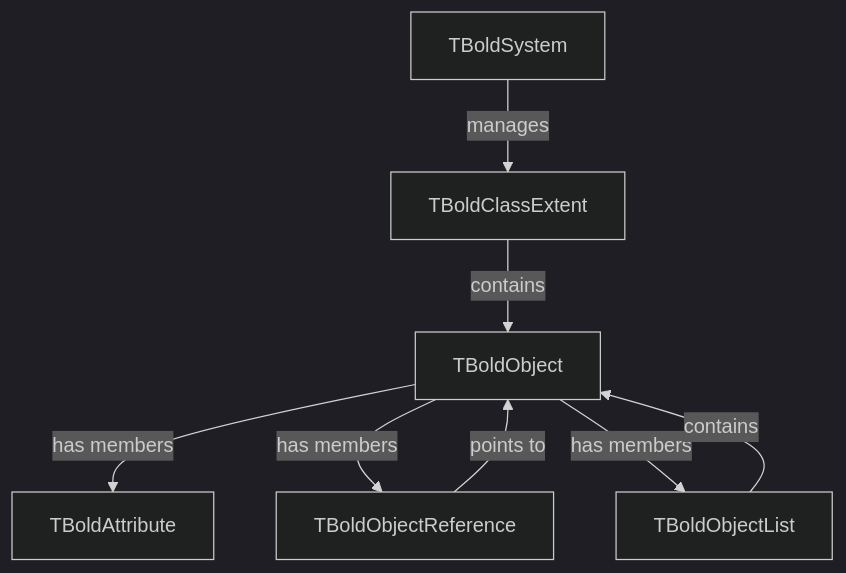
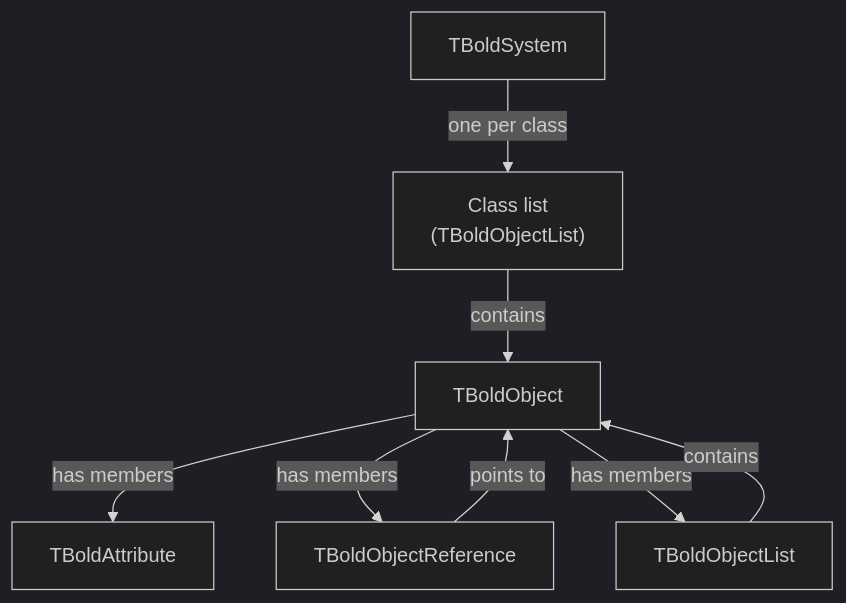
One commit to bero/BoldForDelphi changed the second of 2 diagrams in docs/classes/index.md. Above: the diagram before and after it, drawn with Mermaid (dark theme). The commit also changed other lines of this file and 43 other files, not shown here.

````diff
--- a/docs/classes/index.md
+++ b/docs/classes/index.md
@@ -137,23 +147,23 @@
 ```mermaid
 flowchart TB
     System[TBoldSystem]
-    ClassExtent[TBoldClassExtent]
+    ClassList["Class list<br/>(TBoldObjectList)"]
     Object[TBoldObject]
     Attribute[TBoldAttribute]
     Reference[TBoldObjectReference]
     List[TBoldObjectList]
 
-    System -->|"manages"| ClassExtent
-    ClassExtent -->|"contains"| Object
+    System -->|"one per class"| ClassList
+    ClassList -->|"contains"| Object
     Object -->|"has members"| Attribute
     Object -->|"has members"| Reference
     Object -->|"has members"| List
     Reference -->|"points to"| Object
     List -->|"contains"| Object
 
     click System href "TBoldSystem/" "TBoldSystem documentation"
     click Object href "TBoldObject/" "TBoldObject documentation"
     click Attribute href "TBoldAttribute/" "TBoldAttribute documentation"
     click Reference href "TBoldObjectReference/" "TBoldObjectReference documentation"
     click List href "TBoldObjectList/" "TBoldObjectList documentation"
 ```
````
